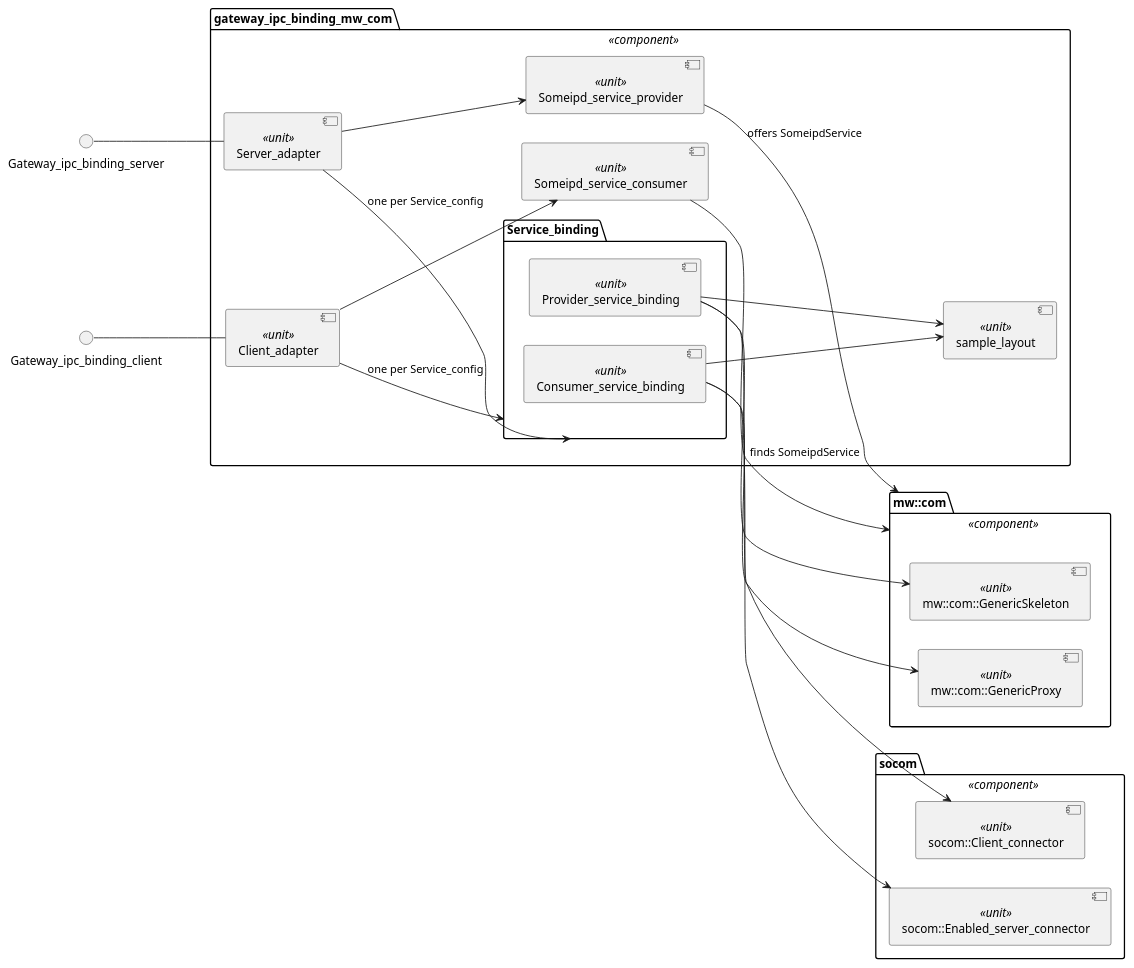
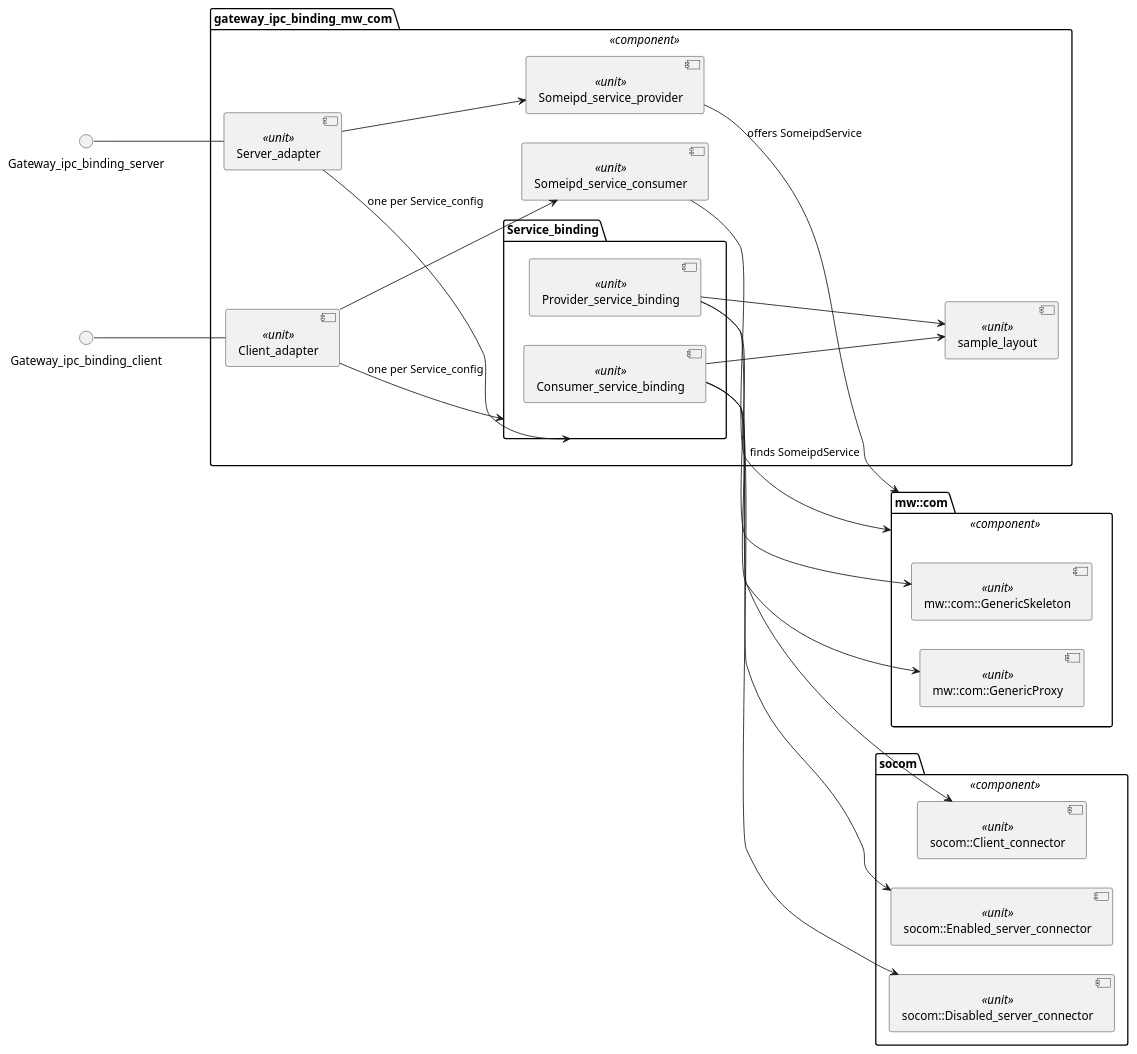
The diagram in score/gateway_ipc_binding/docs/models/component_diagram_gateway_ipc_binding_mw_com.puml (eclipse-score/inc_someip_gateway), drawn with PlantUML before and after one commit. The commit also changed 11 other files, not shown here.

Commit message:
docs: align gatewayd, gateway_ipc_binding, and socom docs with C++ implementation

```diff
--- a/score/gateway_ipc_binding/docs/models/component_diagram_gateway_ipc_binding_mw_com.puml
+++ b/score/gateway_ipc_binding/docs/models/component_diagram_gateway_ipc_binding_mw_com.puml
@@ -13,43 +13,45 @@
 @startuml component_diagram_gateway_ipc_binding_mw_com
 left to right direction
 
 interface "Gateway_ipc_binding_server" as server_api
 interface "Gateway_ipc_binding_client" as client_api
 
 package "gateway_ipc_binding_mw_com" as binding <<component>> {
   component "Server_adapter" as Server_adapter <<unit>>
   component "Client_adapter" as Client_adapter <<unit>>
   component "Someipd_service_provider" as Someipd_service_provider <<unit>>
   package "Service_binding" as service_binding {
     component "Provider_service_binding" as Provider_service_binding <<unit>>
     component "Consumer_service_binding" as Consumer_service_binding <<unit>>
   }
   component "Someipd_service_consumer" as Someipd_service_consumer <<unit>>
   component "sample_layout" as sample_layout <<unit>>
 }
 
 package "mw::com" as mwcom <<component>> {
   component "mw::com::GenericSkeleton" as skeleton <<unit>>
   component "mw::com::GenericProxy" as proxy <<unit>>
 }
 
 package "socom" as socom <<component>> {
   component "socom::Client_connector" as client_connector <<unit>>
-  component "socom::Enabled_server_connector" as server_connector <<unit>>
+  component "socom::Disabled_server_connector" as disabled_server_connector <<unit>>
+  component "socom::Enabled_server_connector" as enabled_server_connector <<unit>>
 }
 
 server_api -- Server_adapter
 client_api -- Client_adapter
 Server_adapter --> Someipd_service_provider
 Server_adapter --> service_binding : one per Service_config
 Client_adapter --> service_binding : one per Service_config
 Client_adapter --> Someipd_service_consumer
 Someipd_service_provider --> mwcom : offers SomeipdService
 Provider_service_binding --> skeleton
 Provider_service_binding --> sample_layout
 Consumer_service_binding --> proxy
 Consumer_service_binding --> sample_layout
 Someipd_service_consumer --> mwcom : finds SomeipdService
 Provider_service_binding --> client_connector
-Consumer_service_binding --> server_connector
+Consumer_service_binding --> disabled_server_connector
+Consumer_service_binding --> enabled_server_connector
 @enduml
```
